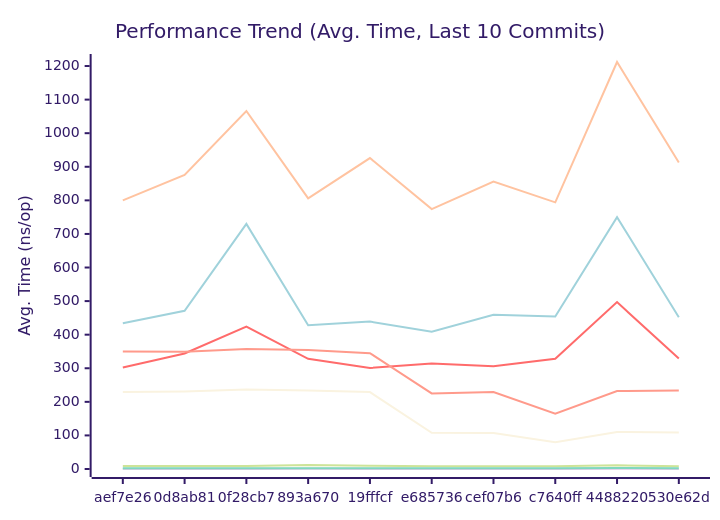
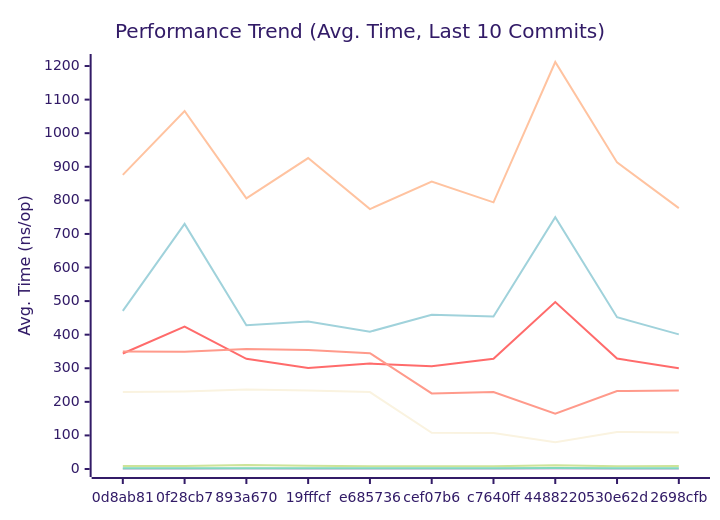
The first of 3 diagrams in docs/PERFORMANCE.md (alsotoes/momo), drawn with Mermaid (forest theme) before and after one commit. The commit also changed other lines of this file and 11 other files, not shown here.

````diff
--- a/docs/PERFORMANCE.md
+++ b/docs/PERFORMANCE.md
@@ -80,16 +80,16 @@
 ```mermaid
 xychart-beta
     title "Performance Trend (Avg. Time, Last 10 Commits)"
     x-axis "Commit"
     y-axis "Avg. Time (ns/op)"
-    x-axis [aef7e26,0d8ab81,0f28cb7,893a670,19fffcf,e685736,cef07b6,c7640ff,4488220,530e62d]
-    line "CheckMetricsAndSwap" [9,9,9,12,10,8,8,8,11,8]
-    line "CrushOptimized" [302,344,424,328,301,314,306,328,497,329]
-    line "CrushOriginal" [434,471,730,428,439,409,459,454,750,452]
-    line "IndexDirectTracking" [0,0,0,1,0,0,0,0,1,0]
+    x-axis [0d8ab81,0f28cb7,893a670,19fffcf,e685736,cef07b6,c7640ff,4488220,530e62d,2698cfb]
+    line "CheckMetricsAndSwap" [9,9,12,10,8,8,8,11,8,9]
+    line "CrushOptimized" [344,424,328,301,314,306,328,497,329,300]
+    line "CrushOriginal" [471,730,428,439,409,459,454,750,452,401]
+    line "IndexDirectTracking" [0,0,1,0,0,0,0,1,0,0]
     line "IndexSearch" [2,2,2,2,2,2,2,2,2,2]
-    line "LoadGlobalConfig" [800,876,1066,806,926,774,856,794,1212,913]
-    line "PadString" [2,2,2,2,2,2,2,2,3,2]
+    line "LoadGlobalConfig" [876,1066,806,926,774,856,794,1212,913,777]
+    line "PadString" [2,2,2,2,2,2,2,3,2,2]
     line "ParseReplicationOrder_NoPrealloc" [350,349,357,354,345,225,229,165,232,234]
     line "ParseReplicationOrder_Prealloc" [229,231,237,234,229,108,107,80,110,109]
 ```
````
